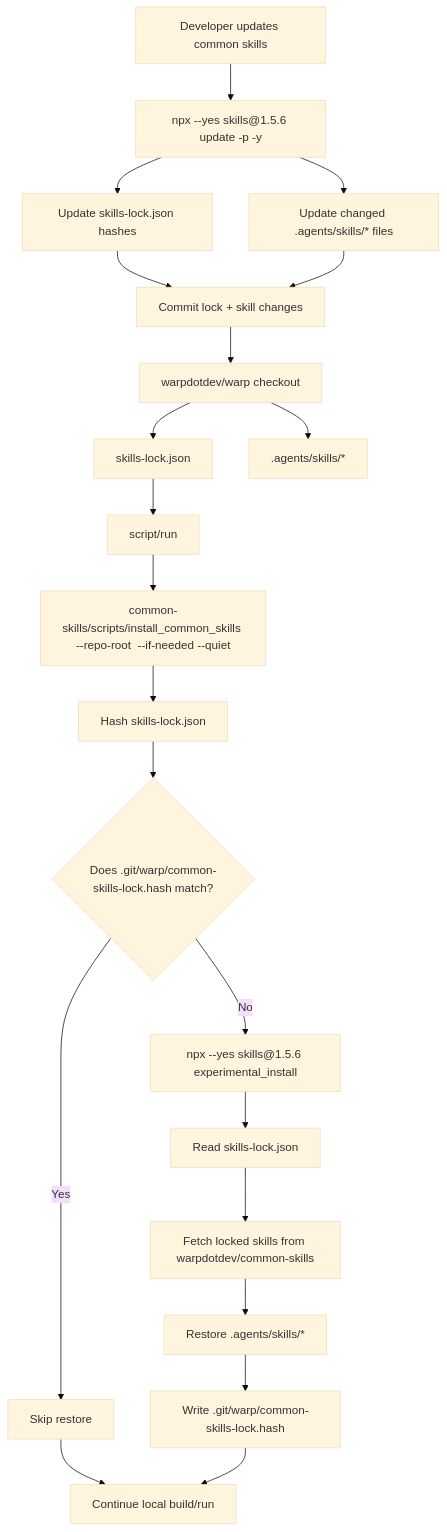
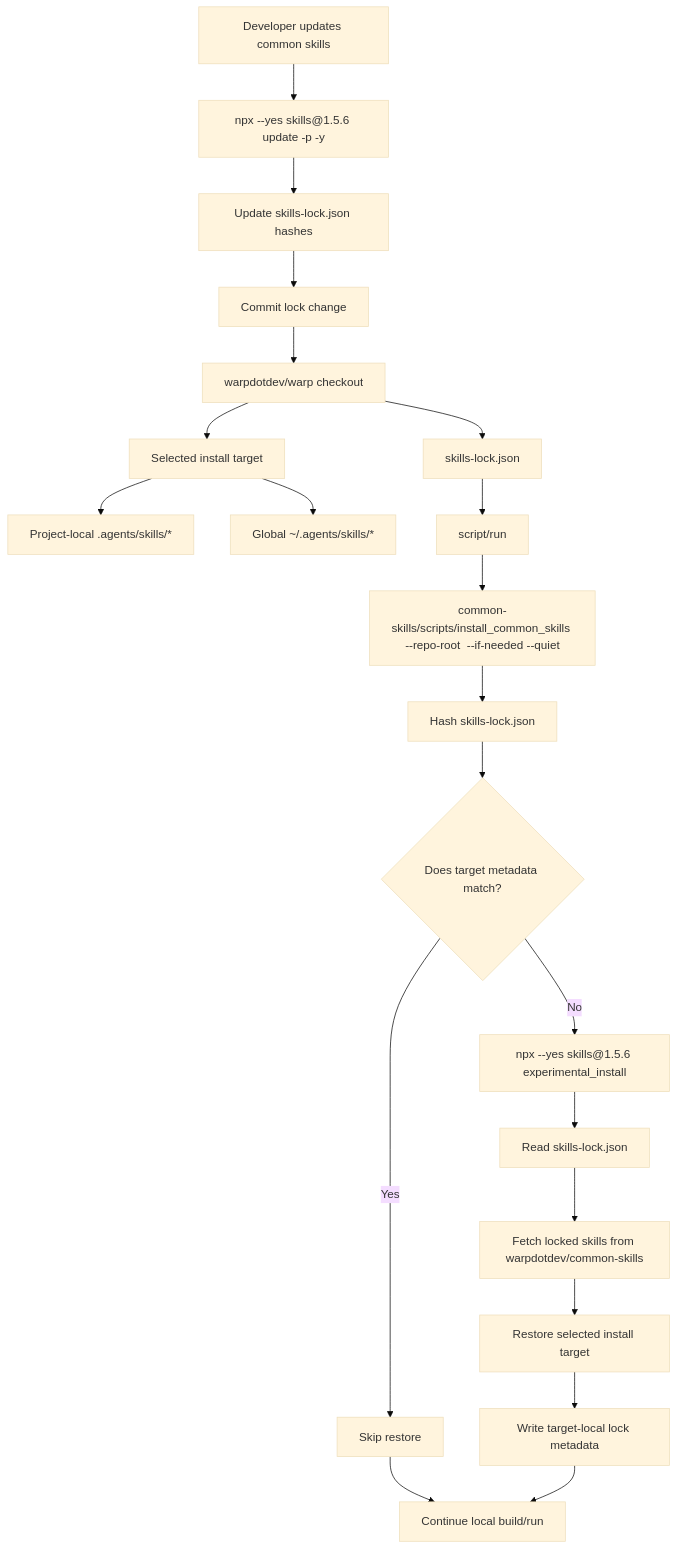
One commit to warpdotdev/Warp changed the first of 2 diagrams in specs/common-skills-installation/TECH.md. Above: the diagram before and after it, drawn with Mermaid (base theme). The commit also changed other lines of this file and 1 other file, not shown here.

Commit message:
Add common skills installation product spec

````diff
--- a/specs/common-skills-installation/TECH.md
+++ b/specs/common-skills-installation/TECH.md
@@ -12,27 +14,27 @@
 ```mermaid
 flowchart TD
   A["warpdotdev/warp checkout"] --> B["skills-lock.json"]
-  A --> C[".agents/skills/*"]
+  A --> C["Selected install target"]
+  C --> C1["Project-local .agents/skills/*"]
+  C --> C2["Global ~/.agents/skills/*"]
 
   B --> D["script/run"]
   D --> E["common-skills/scripts/install_common_skills --repo-root <warp-checkout> --if-needed --quiet"]
   E --> F["Hash skills-lock.json"]
-  F --> G{"Does .git/warp/common-skills-lock.hash match?"}
+  F --> G{"Does target metadata match?"}
 
   G -->|Yes| H["Skip restore"]
   H --> I["Continue local build/run"]
 
   G -->|No| J["npx --yes skills@1.5.6 experimental_install"]
   J --> K["Read skills-lock.json"]
   K --> L["Fetch locked skills from warpdotdev/common-skills"]
-  L --> M["Restore .agents/skills/*"]
-  M --> N["Write .git/warp/common-skills-lock.hash"]
+  L --> M["Restore selected install target"]
+  M --> N["Write target-local lock metadata"]
   N --> I
 
   O["Developer updates common skills"] --> P["npx --yes skills@1.5.6 update -p -y"]
   P --> Q["Update skills-lock.json hashes"]
-  P --> R["Update changed .agents/skills/* files"]
-  Q --> S["Commit lock + skill changes"]
-  R --> S
+  Q --> S["Commit lock change"]
   S --> A
 ```
````
